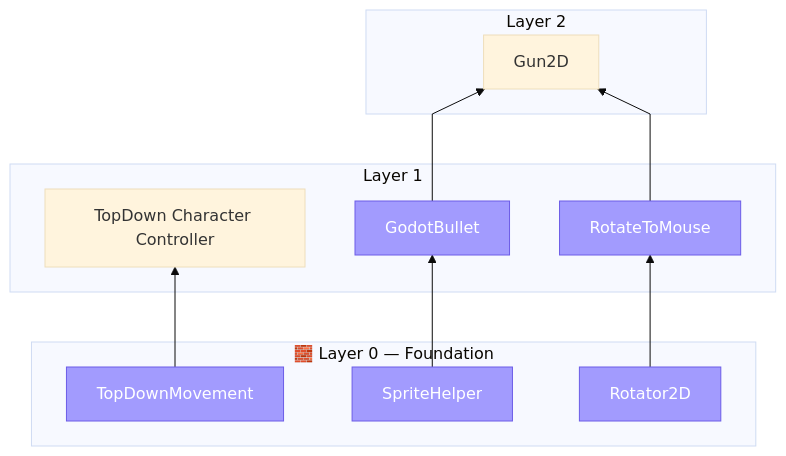
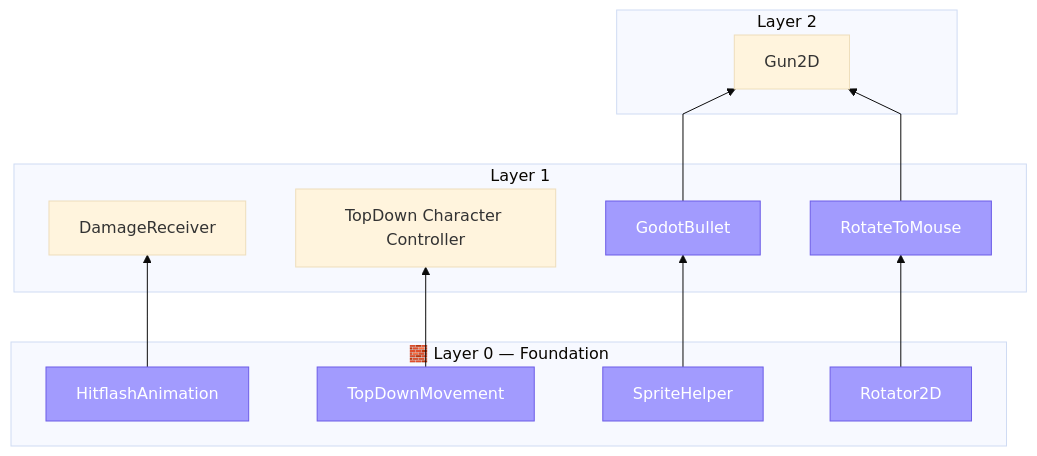
Before and after one commit to ChillCube/.github: the diagram in ADDONS.md, drawn with Mermaid (base theme). The commit also changed other lines of this file, not shown here.

Commit message:
registry: update dependency tree

````diff
--- a/ADDONS.md
+++ b/ADDONS.md
@@ -180,41 +180,47 @@
 ```mermaid
 %%{init: {"flowchart": {"curve": "linear"}}}%%
 flowchart BT
     classDef core  fill:#4a9eff,stroke:#2471d4,color:#fff
     classDef shared fill:#a29bfe,stroke:#6c5ce7,color:#fff
     classDef external fill:#fd9644,stroke:#e67e22,color:#fff
 
     subgraph Layer_0["🧱 Layer 0 — Foundation"]
+        godot_hitflashanimation["HitflashAnimation"]
         rotator2d["Rotator2D"]
         spritehelper["SpriteHelper"]
         topdownmovement["TopDownMovement"]
     end
     subgraph Layer_1["Layer 1"]
+        damagereceiver["DamageReceiver"]
         godot_topdown_character_controller["TopDown Character Controller"]
         godotbullet["GodotBullet"]
         rotatetomouse["RotateToMouse"]
     end
     subgraph Layer_2["Layer 2"]
         gun2d["Gun2D"]
     end
 
     godotbullet --> gun2d
     rotatetomouse --> gun2d
+    godot_hitflashanimation --> damagereceiver
     rotator2d --> rotatetomouse
     topdownmovement --> godot_topdown_character_controller
     spritehelper --> godotbullet
 
+    class godot_hitflashanimation shared
     class godotbullet shared
     class rotatetomouse shared
     class rotator2d shared
     class spritehelper shared
     class topdownmovement shared
 
+    click damagereceiver href "https://github.com/ChillCube/DamageReceiver" _blank
+    click godot_hitflashanimation href "https://github.com/ChillCube/Godot_HitflashAnimation" _blank
     click godot_topdown_character_controller href "https://github.com/ChillCube/Godot_TopDown_Character_Controller" _blank
     click godotbullet href "https://github.com/ChillCube/GodotBullet" _blank
     click gun2d href "https://github.com/ChillCube/Gun2D" _blank
     click rotatetomouse href "https://github.com/ChillCube/RotateToMouse" _blank
     click rotator2d href "https://github.com/ChillCube/Rotator2D" _blank
     click spritehelper href "https://github.com/ChillCube/SpriteHelper" _blank
     click topdownmovement href "https://github.com/ChillCube/TopDownMovement" _blank
 ```
````
